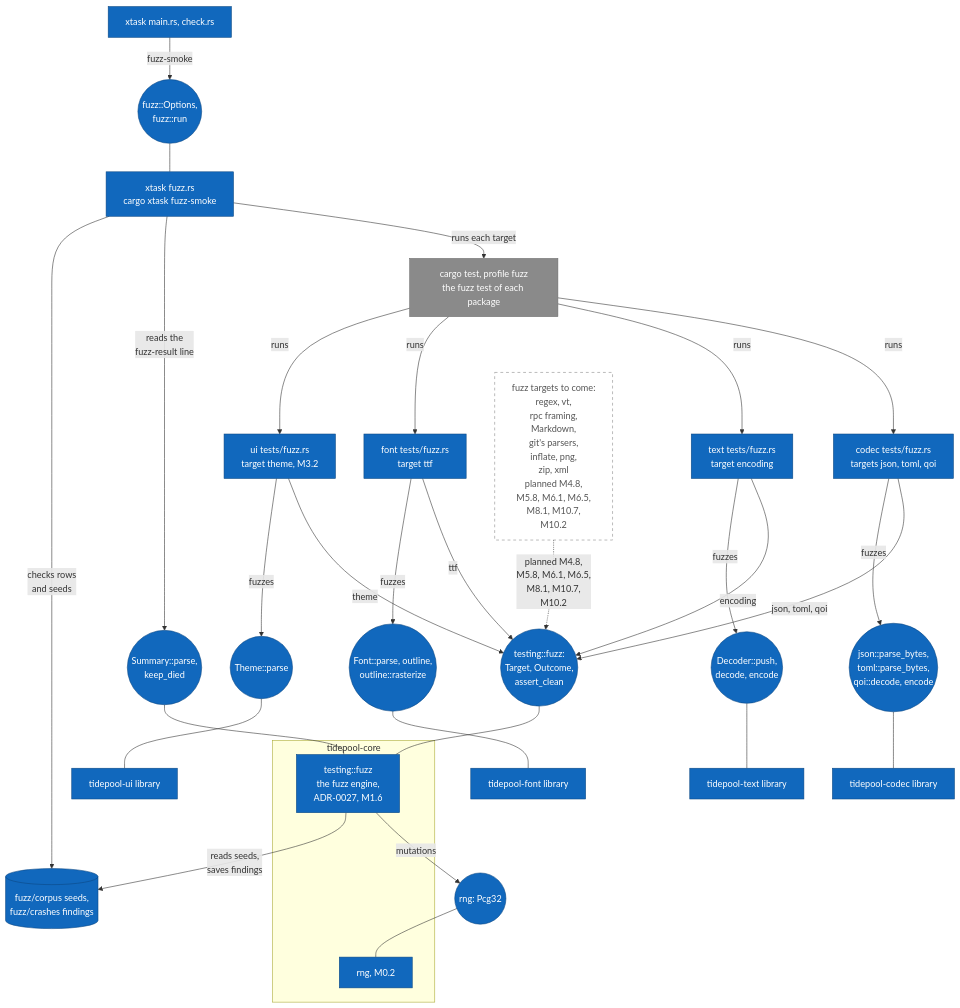
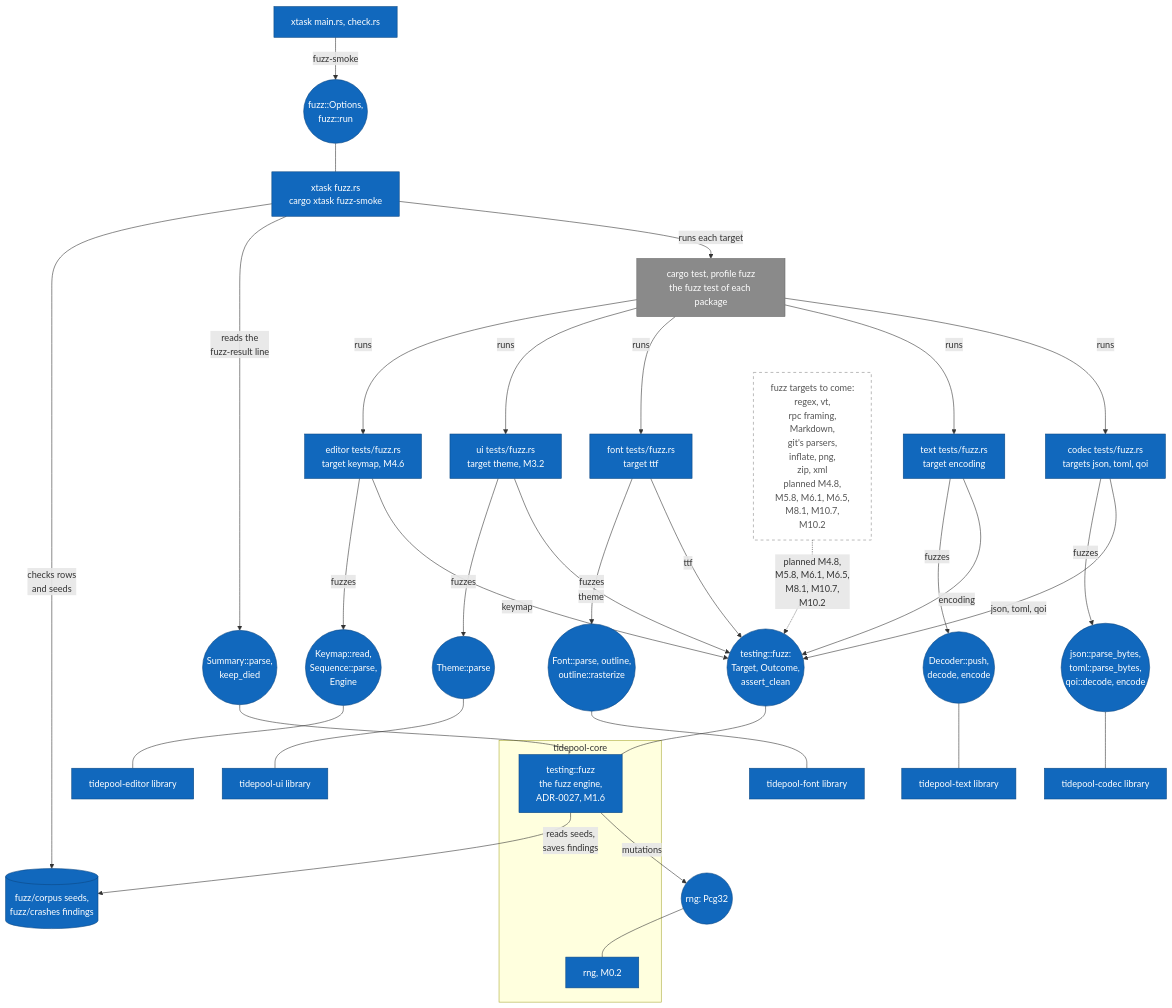
One commit to jabbott-iii/Tidepool changed diagram 20 of 21 in diagrams/component-diagrams.md. Above: the diagram before and after it, drawn with Mermaid. The commit also changed other lines of this file and 41 other files, not shown here.

````diff
--- a/diagrams/component-diagrams.md
+++ b/diagrams/component-diagrams.md
@@ -1248,71 +1249,78 @@
 ```mermaid
 flowchart TB
     c_main["xtask main.rs, check.rs"]
     i_fuzzrun(("fuzz::Options,<br/>fuzz::run"))
     c_fuzz["xtask fuzz.rs<br/>cargo xtask fuzz-smoke"]
     e_cargo["cargo test, profile fuzz<br/>the fuzz test of each package"]
 
     c_cfz["codec tests/fuzz.rs<br/>targets json, toml, qoi"]
     c_tfz["text tests/fuzz.rs<br/>target encoding"]
     c_ffz["font tests/fuzz.rs<br/>target ttf"]
     c_ufz["ui tests/fuzz.rs<br/>target theme, M3.2"]
+    c_efz["editor tests/fuzz.rs<br/>target keymap, M4.6"]
     c_more["fuzz targets to come:<br/>regex, vt,<br/>rpc framing,<br/>Markdown,<br/>git's parsers,<br/>inflate, png,<br/>zip, xml<br/>planned M4.8,<br/>M5.8, M6.1, M6.5,<br/>M8.1, M10.7,<br/>M10.2"]
 
     i_target(("testing::fuzz:<br/>Target, Outcome,<br/>assert_clean"))
     i_summary(("Summary::parse,<br/>keep_died"))
     i_cparse(("json::parse_bytes,<br/>toml::parse_bytes,<br/>qoi::decode, encode"))
     i_tdec(("Decoder::push,<br/>decode, encode"))
     i_fparse(("Font::parse, outline,<br/>outline::rasterize"))
     i_uparse(("Theme::parse"))
+    i_kparse(("Keymap::read,<br/>Sequence::parse,<br/>Engine"))
 
     subgraph sg_core["tidepool-core"]
         c_engine["testing::fuzz<br/>the fuzz engine,<br/>ADR-0027, M1.6"]
         c_rng["rng, M0.2"]
     end
     i_pcg(("rng: Pcg32"))
     c_codec["tidepool-codec library"]
     c_text["tidepool-text library"]
     c_font["tidepool-font library"]
     c_ui["tidepool-ui library"]
+    c_editorlib["tidepool-editor library"]
     f_corpus[("fuzz/corpus seeds,<br/>fuzz/crashes findings")]
 
     c_main -->|"fuzz-smoke"| i_fuzzrun
     i_fuzzrun --- c_fuzz
     c_fuzz -->|"runs each target"| e_cargo
     e_cargo -->|"runs"| c_cfz
     e_cargo -->|"runs"| c_tfz
     e_cargo -->|"runs"| c_ffz
     e_cargo -->|"runs"| c_ufz
+    e_cargo -->|"runs"| c_efz
     c_fuzz -->|"reads the<br/>fuzz-result line"| i_summary
     c_fuzz -->|"checks rows<br/>and seeds"| f_corpus
 
     c_cfz -->|"json, toml, qoi"| i_target
     c_tfz -->|"encoding"| i_target
     c_ffz -->|"ttf"| i_target
     c_ufz -->|"theme"| i_target
+    c_efz -->|"keymap"| i_target
     c_more -.->|"planned M4.8,<br/>M5.8, M6.1, M6.5,<br/>M8.1, M10.7,<br/>M10.2"| i_target
     c_cfz -->|"fuzzes"| i_cparse
     c_tfz -->|"fuzzes"| i_tdec
     c_ffz -->|"fuzzes"| i_fparse
     c_ufz -->|"fuzzes"| i_uparse
+    c_efz -->|"fuzzes"| i_kparse
 
     i_target --- c_engine
     i_summary --- c_engine
     c_engine -->|"mutations"| i_pcg
     i_pcg --- c_rng
     c_engine -->|"reads seeds,<br/>saves findings"| f_corpus
     i_cparse --- c_codec
     i_tdec --- c_text
     i_fparse --- c_font
     i_uparse --- c_ui
+    i_kparse --- c_editorlib
 
     classDef built fill:#1168bd,stroke:#0b4884,color:#ffffff
     classDef external fill:#8a8a8a,stroke:#6b6b6b,color:#ffffff
     classDef planned fill:#ffffff,stroke:#888888,stroke-dasharray: 5 5,color:#555555
     classDef store fill:#1168bd,stroke:#0b4884,color:#ffffff
-    class c_main,c_fuzz,c_cfz,c_tfz,c_ffz,c_ufz,c_engine,c_rng,c_codec,c_text,c_font,c_ui built
-    class i_fuzzrun,i_target,i_summary,i_pcg,i_cparse,i_tdec,i_fparse,i_uparse built
+    class c_main,c_fuzz,c_cfz,c_tfz,c_ffz,c_ufz,c_efz,c_engine,c_rng,c_codec,c_text,c_font,c_ui,c_editorlib built
+    class i_fuzzrun,i_target,i_summary,i_pcg,i_cparse,i_tdec,i_fparse,i_uparse,i_kparse built
     class c_more planned
     class e_cargo external
     class f_corpus store
 ```
````
